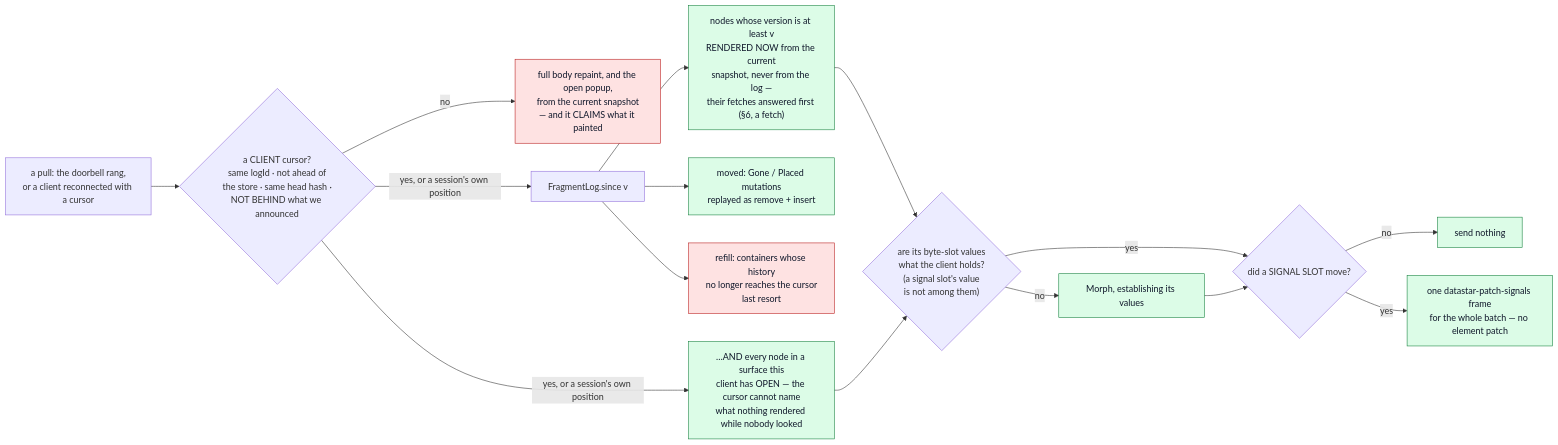
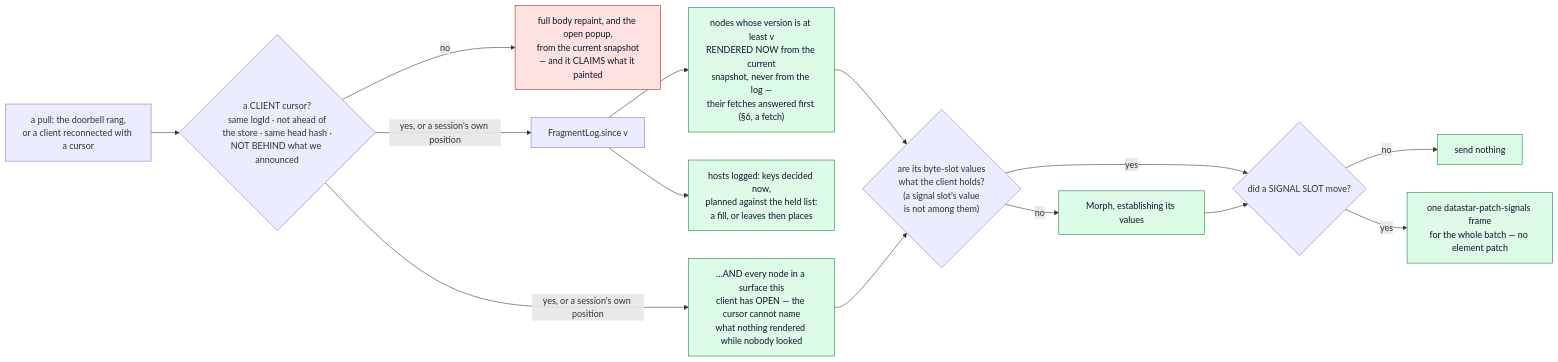
One commit to perok/functional-home-assistant changed the sixth of 6 diagrams in docs/architecture-rendering-pipeline.md. Above: the diagram before and after it, drawn with Mermaid. The commit also changed other lines of this file and 32 other files, not shown here.

````diff
--- a/docs/architecture-rendering-pipeline.md
+++ b/docs/architecture-rendering-pipeline.md
@@ -1019,22 +992,21 @@
 ```mermaid
 flowchart LR
   RC["a pull: the doorbell rang,<br/>or a client reconnected with a cursor"] --> Q{"a CLIENT cursor?<br/>same logId · not ahead of<br/>the store · same head hash ·<br/>NOT BEHIND what we announced"}
   Q -->|no| REPAINT["full body repaint, and the open popup,<br/>from the current snapshot<br/>— and it CLAIMS what it painted"]
   Q -->|yes, or a session's own position| SINCE["FragmentLog.since v"]
   SINCE --> N["nodes whose version is at least v<br/>RENDERED NOW from the current<br/>snapshot, never from the log —<br/>their fetches answered first (§6, a fetch)"]
-  SINCE --> M["moved: Gone / Placed mutations<br/>replayed as remove + insert"]
-  SINCE --> R["refill: containers whose history<br/>no longer reaches the cursor<br/>last resort"]
+  SINCE --> M["hosts logged: keys decided now,<br/>planned against the held list:<br/>a fill, or leaves then places"]
   Q -->|yes, or a session's own position| OPENN["…AND every node in a surface this<br/>client has OPEN — the cursor cannot name<br/>what nothing rendered while nobody looked"]
   N --> HOLD{"are its byte-slot values<br/>what the client holds?<br/>(a signal slot's value<br/>is not among them)"}
   OPENN --> HOLD
   HOLD -->|yes| SIG{"did a SIGNAL SLOT move?"}
   HOLD -->|no| SEND["Morph, establishing its values"]
   SEND --> SIG
   SIG -->|no| DROP["send nothing"]
   SIG -->|yes| FRAME["one datastar-patch-signals frame<br/>for the whole batch — no element patch"]
 
   classDef ok fill:#dcfce7,stroke:#15803d,color:#0f172a
   classDef bad fill:#fee2e2,stroke:#b91c1c,color:#0f172a
   class N,M,OPENN,SEND,DROP,FRAME ok
-  class REPAINT,R bad
+  class REPAINT bad
 ```
````
